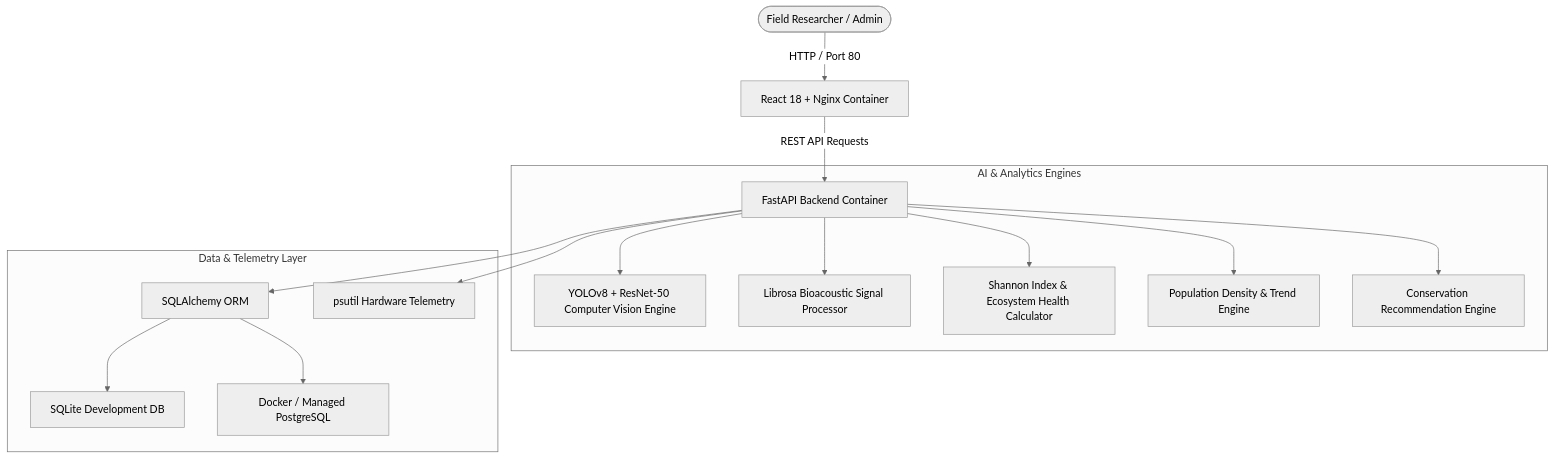
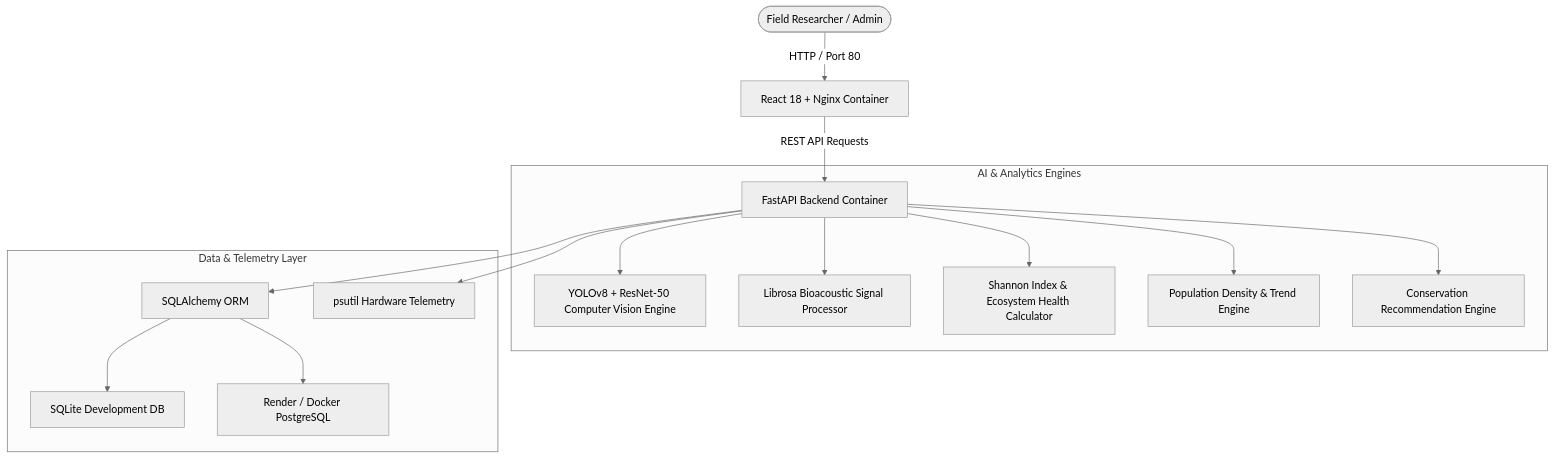
Before and after one commit to springboardmentor27400b/Wildlife-Population-Intelligence-System-Group-2: the diagram in README.md, drawn with Mermaid (neutral theme). The commit also changed other lines of this file and 4 other files, not shown here.

````diff
--- a/README.md
+++ b/README.md
@@ -52,20 +61,20 @@
 ```mermaid
 graph TD
     User([Field Researcher / Admin]) -->|HTTP / Port 80| Frontend[React 18 + Nginx Container]
     Frontend -->|REST API Requests| Backend[FastAPI Backend Container]
     
     subgraph AI & Analytics Engines
         Backend --> YOLO[YOLOv8 + ResNet-50 Computer Vision Engine]
         Backend --> Audio[Librosa Bioacoustic Signal Processor]
         Backend --> Eco[Shannon Index & Ecosystem Health Calculator]
         Backend --> Pop[Population Density & Trend Engine]
         Backend --> Rec[Conservation Recommendation Engine]
     end
     
     subgraph Data & Telemetry Layer
         Backend --> ORM[SQLAlchemy ORM]
         ORM --> SQLite[SQLite Development DB]
-        ORM --> Postgres[Docker / Managed PostgreSQL]
+        ORM --> Postgres[Render / Docker PostgreSQL]
         Backend --> Telemetry[psutil Hardware Telemetry]
     end
 ```
````
